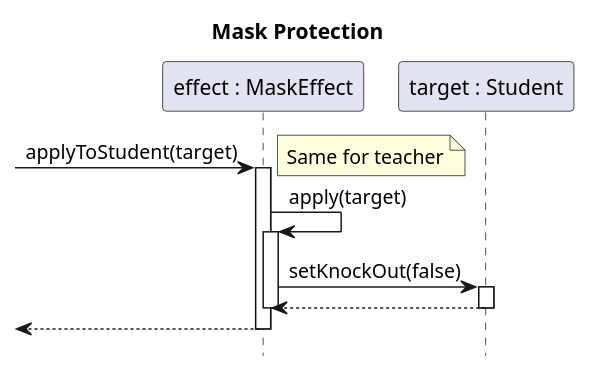
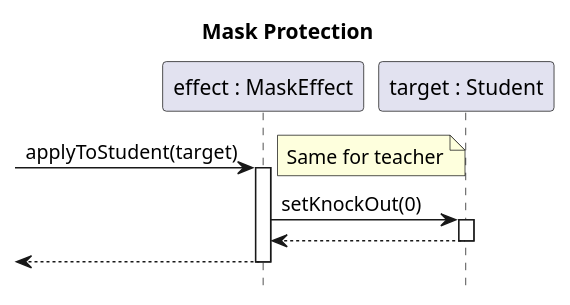
Before and after one commit to sn4k3ch4rm3r/logarlec: the diagram in docs/diagrams/sequence/effect-mask-apply.puml, drawn with PlantUML. The commit also changed 10 other files, not shown here.

Commit message:
Fixed errors, attempted to get the sequences and the class diagram in sync

```diff
--- a/docs/diagrams/sequence/effect-mask-apply.puml
+++ b/docs/diagrams/sequence/effect-mask-apply.puml
@@ -1,17 +1,15 @@
 @startuml effect-mask-apply
 
 title Mask Protection
 hide footbox
 
 participant "effect : MaskEffect" as effect
 participant "target : Student" as target
 
 [-> effect ++: applyToStudent(target)
 note right: Same for teacher
-	effect -> effect ++: apply(target)
-	effect -> target ++: setKnockOut(false)
+	effect -> target ++: setKnockOut(0)
 	return
-	deactivate
 return
 
 @enduml
```
